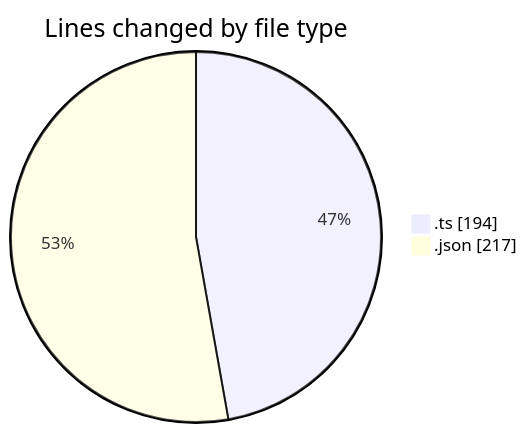
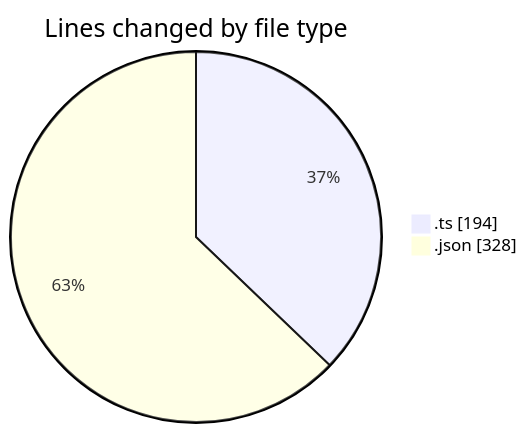
The first of 2 diagrams in 2025-10-27/cda/README.md (momahboobian/code-tracking), drawn with Mermaid before and after one commit. The commit also changed other lines of this file and 1 other file, not shown here.

````diff
--- a/2025-10-27/cda/README.md
+++ b/2025-10-27/cda/README.md
@@ -22,6 +23,6 @@
 ```mermaid
 pie showData
 title Lines changed by file type
 ".ts" : 194
-".json" : 217
+".json" : 328
 ```
````
